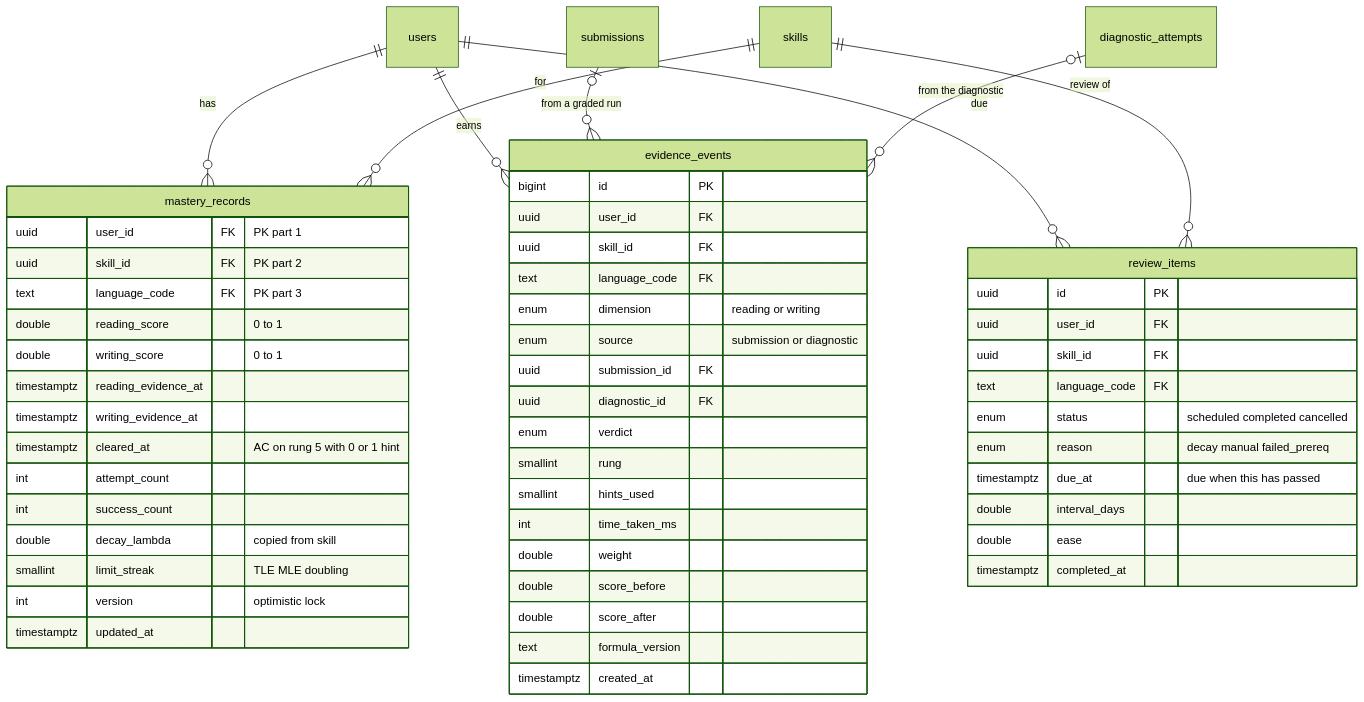
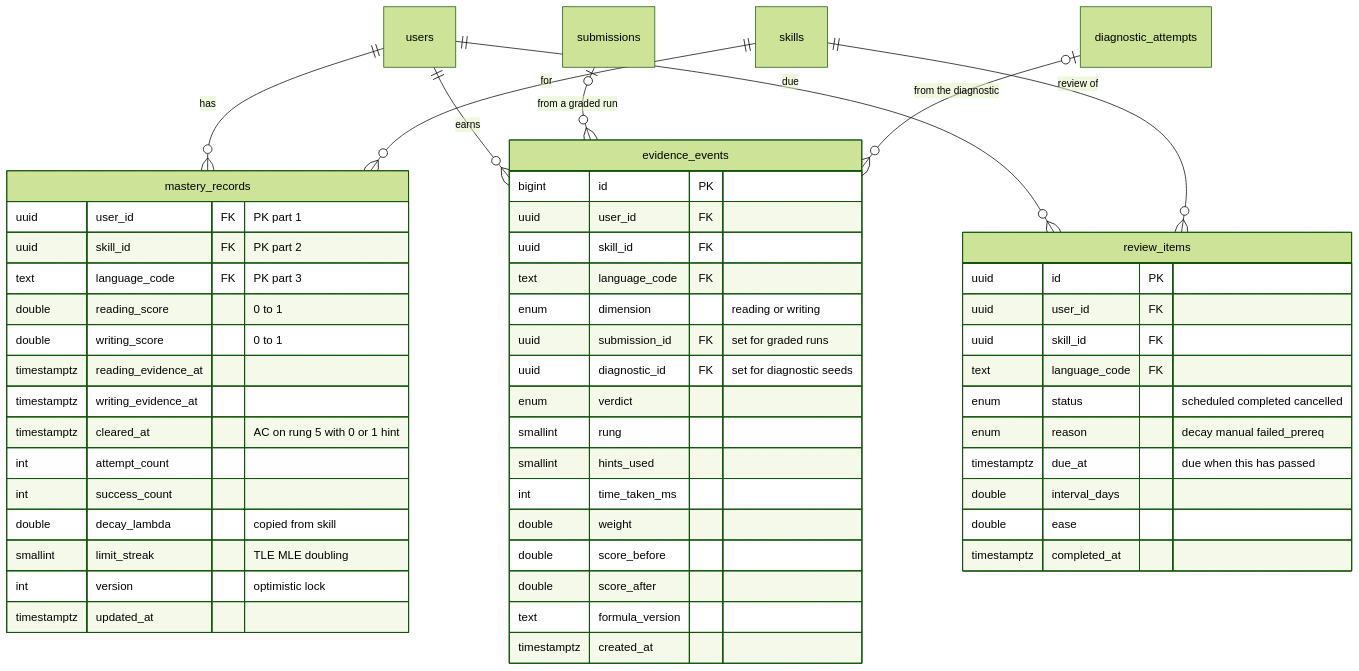
Before and after one commit to Nidanos/ai-tutor-platform: the tenth of 32 diagrams in DOCS/phase-2/MP3-System-Design.md, drawn with Mermaid (forest theme). The commit also changed other lines of this file, not shown here.

Commit message:
docs: sync Phase 2 design with built schema and auth contract

````diff
--- a/DOCS/phase-2/MP3-System-Design.md
+++ b/DOCS/phase-2/MP3-System-Design.md
@@ -612,57 +614,56 @@
 ```mermaid
 erDiagram
   users ||--o{ mastery_records : "has"
   skills ||--o{ mastery_records : "for"
   users ||--o{ evidence_events : "earns"
   submissions |o--o{ evidence_events : "from a graded run"
   diagnostic_attempts |o--o{ evidence_events : "from the diagnostic"
   users ||--o{ review_items : "due"
   skills ||--o{ review_items : "review of"
   mastery_records {
     uuid user_id FK "PK part 1"
     uuid skill_id FK "PK part 2"
     text language_code FK "PK part 3"
     double reading_score "0 to 1"
     double writing_score "0 to 1"
     timestamptz reading_evidence_at
     timestamptz writing_evidence_at
     timestamptz cleared_at "AC on rung 5 with 0 or 1 hint"
     int attempt_count
     int success_count
     double decay_lambda "copied from skill"
     smallint limit_streak "TLE MLE doubling"
     int version "optimistic lock"
     timestamptz updated_at
   }
   evidence_events {
     bigint id PK
     uuid user_id FK
     uuid skill_id FK
     text language_code FK
     enum dimension "reading or writing"
-    enum source "submission or diagnostic"
-    uuid submission_id FK
-    uuid diagnostic_id FK
+    uuid submission_id FK "set for graded runs"
+    uuid diagnostic_id FK "set for diagnostic seeds"
     enum verdict
     smallint rung
     smallint hints_used
     int time_taken_ms
     double weight
     double score_before
     double score_after
     text formula_version
     timestamptz created_at
   }
   review_items {
     uuid id PK
     uuid user_id FK
     uuid skill_id FK
     text language_code FK
     enum status "scheduled completed cancelled"
     enum reason "decay manual failed_prereq"
     timestamptz due_at "due when this has passed"
     double interval_days
     double ease
     timestamptz completed_at
   }
 ```
````
